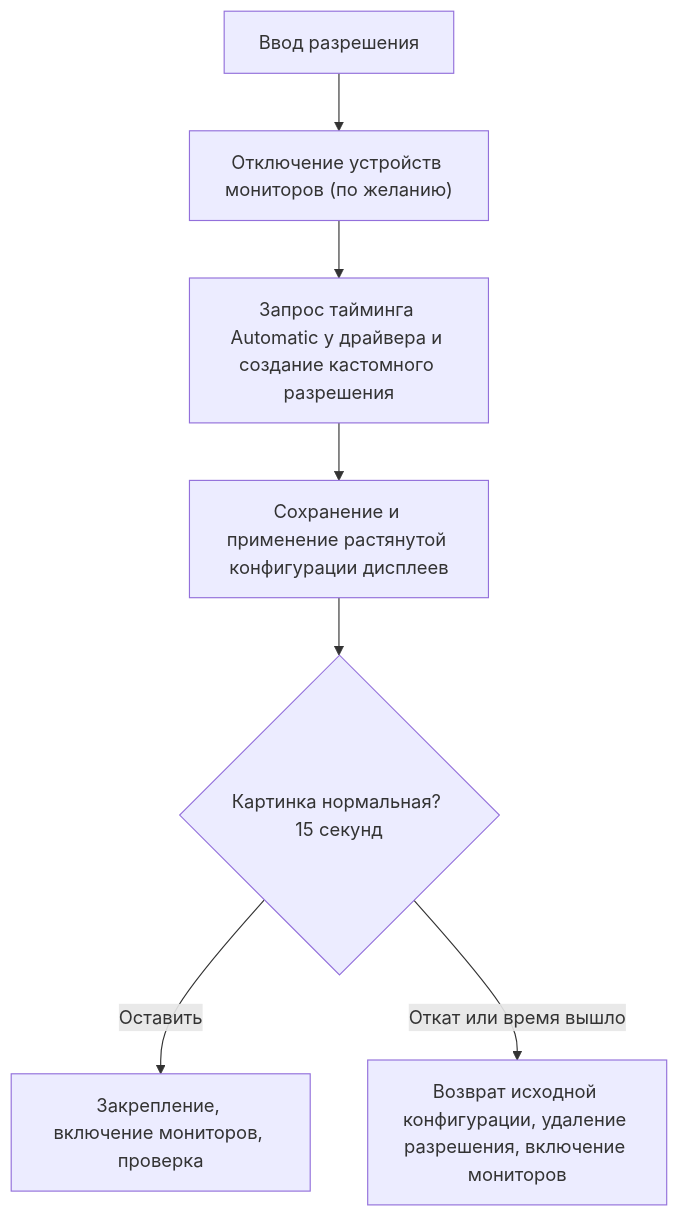
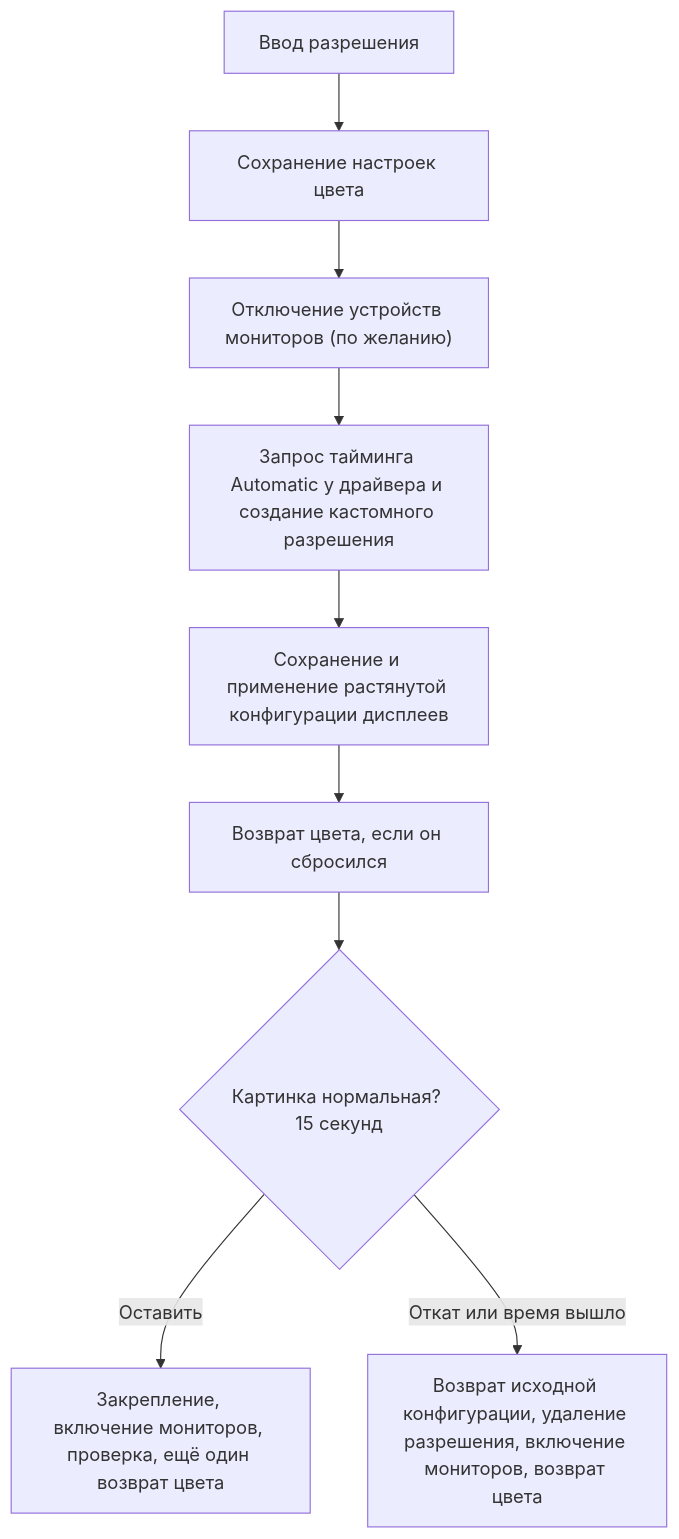
Before and after one commit to nikolenkode/Valorant_Truestretched-18-10-2026: the diagram in RREADME.md, drawn with Mermaid. The commit also changed other lines of this file and 9 other files, not shown here.

````diff
--- a/RREADME.md
+++ b/RREADME.md
@@ -63,9 +68,11 @@
 ```mermaid
 flowchart TD
-    A["Ввод разрешения"] --> B["Отключение устройств мониторов (по желанию)"]
+    A["Ввод разрешения"] --> S["Сохранение настроек цвета"]
+    S --> B["Отключение устройств мониторов (по желанию)"]
     B --> C["Запрос тайминга Automatic у драйвера и создание кастомного разрешения"]
     C --> D["Сохранение и применение растянутой конфигурации дисплеев"]
-    D --> E{"Картинка нормальная? 15 секунд"}
-    E -- "Оставить" --> F["Закрепление, включение мониторов, проверка"]
-    E -- "Откат или время вышло" --> G["Возврат исходной конфигурации, удаление разрешения, включение мониторов"]
+    D --> K1["Возврат цвета, если он сбросился"]
+    K1 --> E{"Картинка нормальная? 15 секунд"}
+    E -- "Оставить" --> F["Закрепление, включение мониторов, проверка, ещё один возврат цвета"]
+    E -- "Откат или время вышло" --> G["Возврат исходной конфигурации, удаление разрешения, включение мониторов, возврат цвета"]
 ```
````
